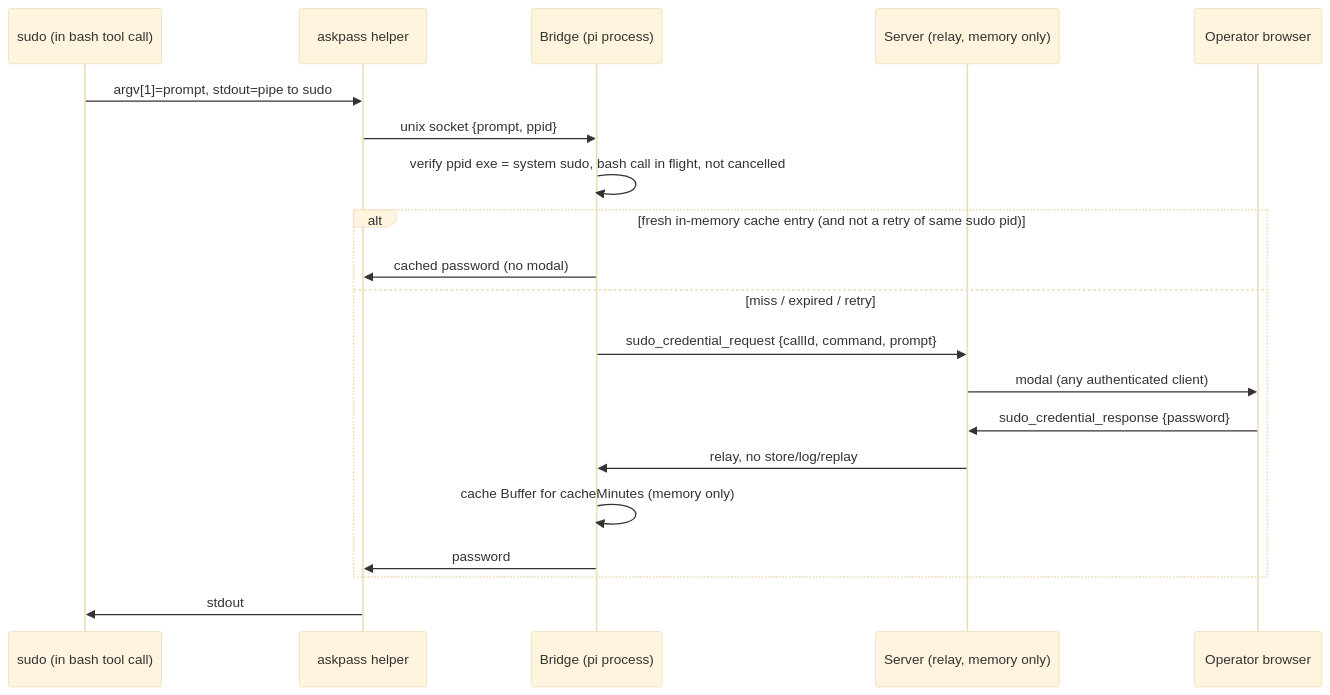
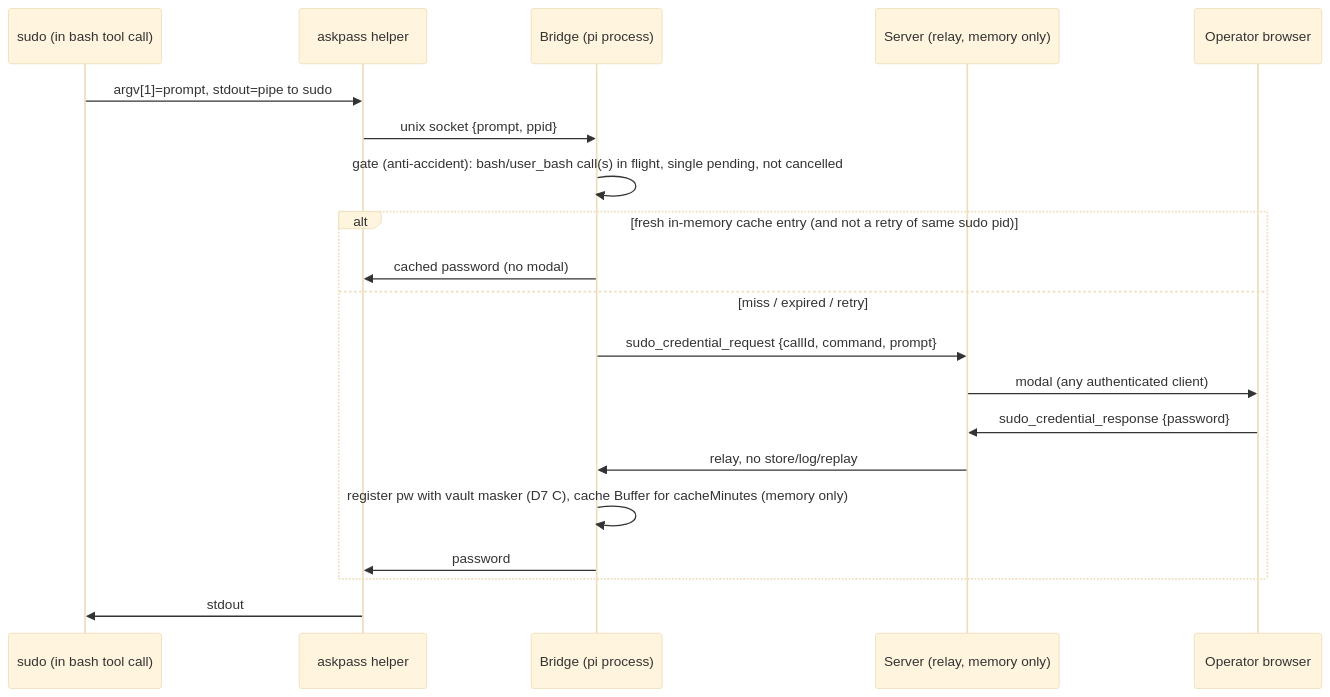
One commit to BlackBeltTechnology/pi-agent-dashboard changed the diagram in openspec/changes/add-sudo-credential-prompt/design.md. Above: the diagram before and after it, drawn with Mermaid (base theme). The commit also changed other lines of this file and 81 other files, not shown here.

````diff
--- a/openspec/changes/add-sudo-credential-prompt/design.md
+++ b/openspec/changes/add-sudo-credential-prompt/design.md
@@ -7,22 +7,22 @@
 ```mermaid
 sequenceDiagram
   participant S as sudo (in bash tool call)
   participant H as askpass helper
   participant B as Bridge (pi process)
   participant V as Server (relay, memory only)
   participant O as Operator browser
   S->>H: argv[1]=prompt, stdout=pipe to sudo
   H->>B: unix socket {prompt, ppid}
-  B->>B: verify ppid exe = system sudo, bash call in flight, not cancelled
+  B->>B: gate (anti-accident): bash/user_bash call(s) in flight, single pending, not cancelled
   alt fresh in-memory cache entry (and not a retry of same sudo pid)
     B->>H: cached password (no modal)
   else miss / expired / retry
     B->>V: sudo_credential_request {callId, command, prompt}
     V->>O: modal (any authenticated client)
     O->>V: sudo_credential_response {password}
     V->>B: relay, no store/log/replay
-    B->>B: cache Buffer for cacheMinutes (memory only)
+    B->>B: register pw with vault masker (D7 C), cache Buffer for cacheMinutes (memory only)
     B->>H: password
   end
   H->>S: stdout
 ```
````
